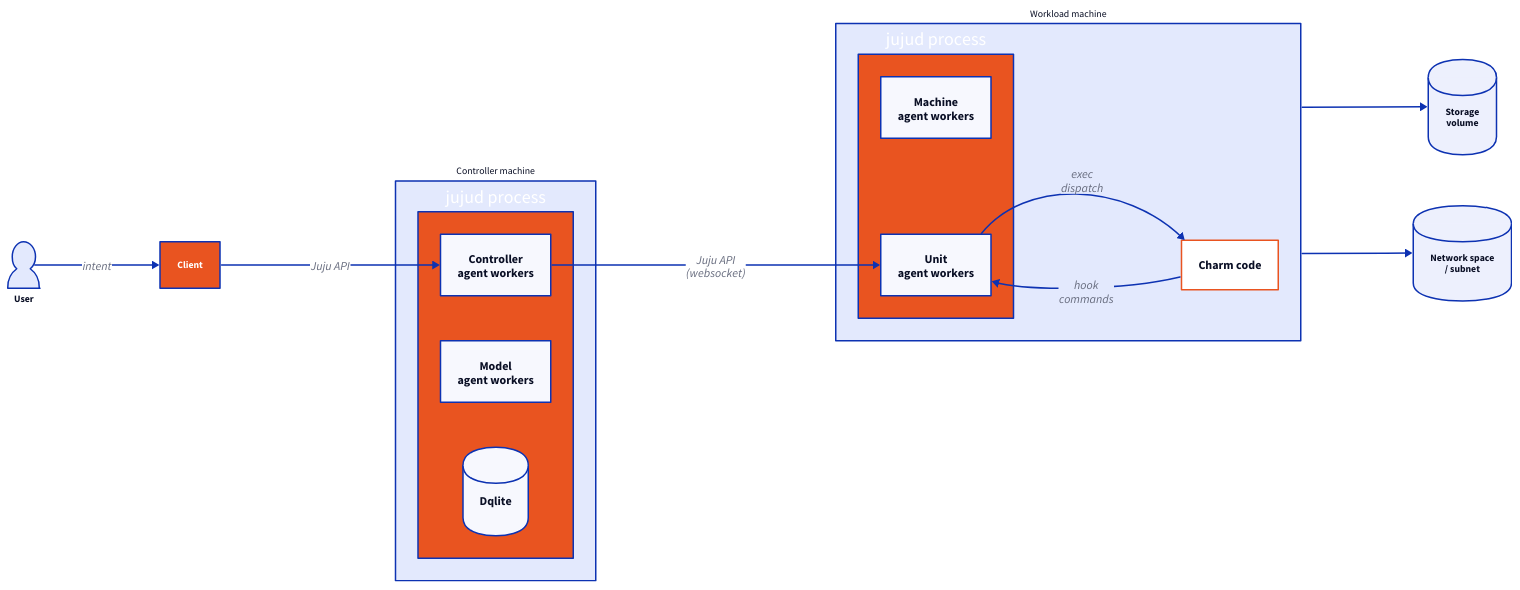
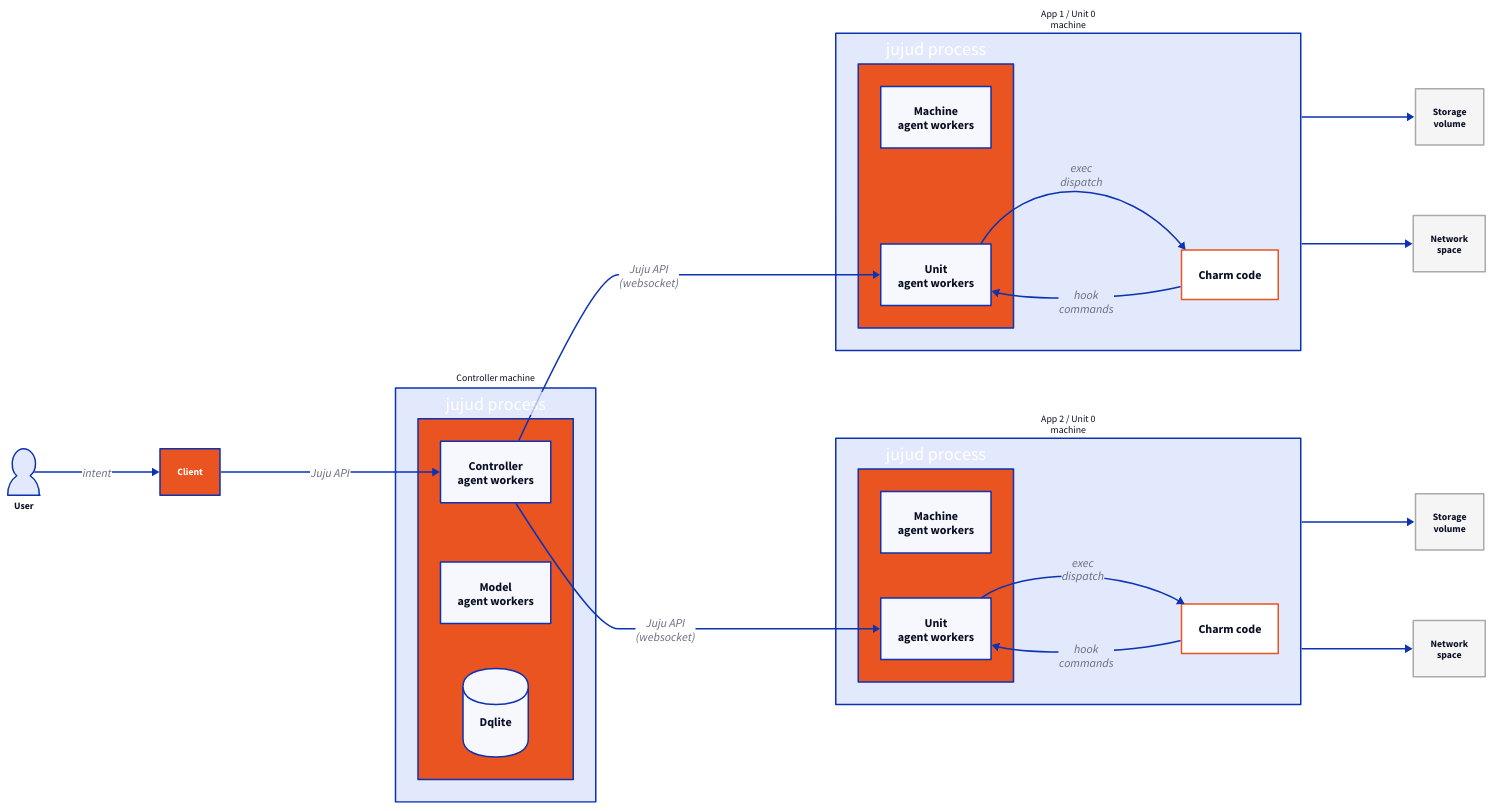
The second of 11 diagrams in docs/explanation/architecture.md (juju/juju), drawn with D2 before and after one commit. The commit also changed other lines of this file, not shown here.

First line of the commit message:
docs(architecture): redesign topology diagrams

````diff
--- a/docs/explanation/architecture.md
+++ b/docs/explanation/architecture.md
@@ -164,47 +198,66 @@
 ```{d2}
 direction: right
-
 *.style.font-size: 13
 
 user.shape: person
 user.label: "User"
 
 client: "Client" {
   style.fill: "#E95420"
   style.font-color: white
 }
 
 controller_machine: "Controller machine" {
   jujud_ctrl: "jujud process" {
     style.fill: "#E95420"
     style.font-color: white
     ca: "Controller\nagent workers"
     ma: "Model\nagent workers"
     db: "Dqlite" {shape: cylinder}
   }
 }
 
-workload_machine: "Workload machine" {
+app1_machine: "App 1 / Unit 0\nmachine" {
   jujud_unit: "jujud process" {
     style.fill: "#E95420"
     style.font-color: white
     mach_a: "Machine\nagent workers"
     unit_a: "Unit\nagent workers"
   }
   charm: "Charm code" {
     style.fill: white
     style.stroke: "#E95420"
   }
 }
 
-storage: "Storage\nvolume" {shape: cylinder}
-network: "Network space\n/ subnet" {shape: cylinder}
+app2_machine: "App 2 / Unit 0\nmachine" {
+  jujud_unit: "jujud process" {
+    style.fill: "#E95420"
+    style.font-color: white
+    mach_a: "Machine\nagent workers"
+    unit_a: "Unit\nagent workers"
+  }
+  charm: "Charm code" {
+    style.fill: white
+    style.stroke: "#E95420"
+  }
+}
+
+storage1: "Storage\nvolume" {style.stroke: "#AAA"; style.fill: "#F5F5F5"}
+network1: "Network\nspace" {style.stroke: "#AAA"; style.fill: "#F5F5F5"}
+storage2: "Storage\nvolume" {style.stroke: "#AAA"; style.fill: "#F5F5F5"}
+network2: "Network\nspace" {style.stroke: "#AAA"; style.fill: "#F5F5F5"}
 
 user -> client: "intent"
 client -> controller_machine.jujud_ctrl.ca: "Juju API"
-controller_machine.jujud_ctrl.ca -> workload_machine.jujud_unit.unit_a: "Juju API\n(websocket)"
-workload_machine.jujud_unit.unit_a -> workload_machine.charm: "exec\ndispatch"
-workload_machine.charm -> workload_machine.jujud_unit.unit_a: "hook\ncommands"
-workload_machine -> storage
-workload_machine -> network
+controller_machine.jujud_ctrl.ca -> app1_machine.jujud_unit.unit_a: "Juju API\n(websocket)"
+controller_machine.jujud_ctrl.ca -> app2_machine.jujud_unit.unit_a: "Juju API\n(websocket)"
+app1_machine.jujud_unit.unit_a -> app1_machine.charm: "exec\ndispatch"
+app1_machine.charm -> app1_machine.jujud_unit.unit_a: "hook\ncommands"
+app2_machine.jujud_unit.unit_a -> app2_machine.charm: "exec\ndispatch"
+app2_machine.charm -> app2_machine.jujud_unit.unit_a: "hook\ncommands"
+app1_machine -> storage1
+app1_machine -> network1
+app2_machine -> storage2
+app2_machine -> network2
 ```
````
